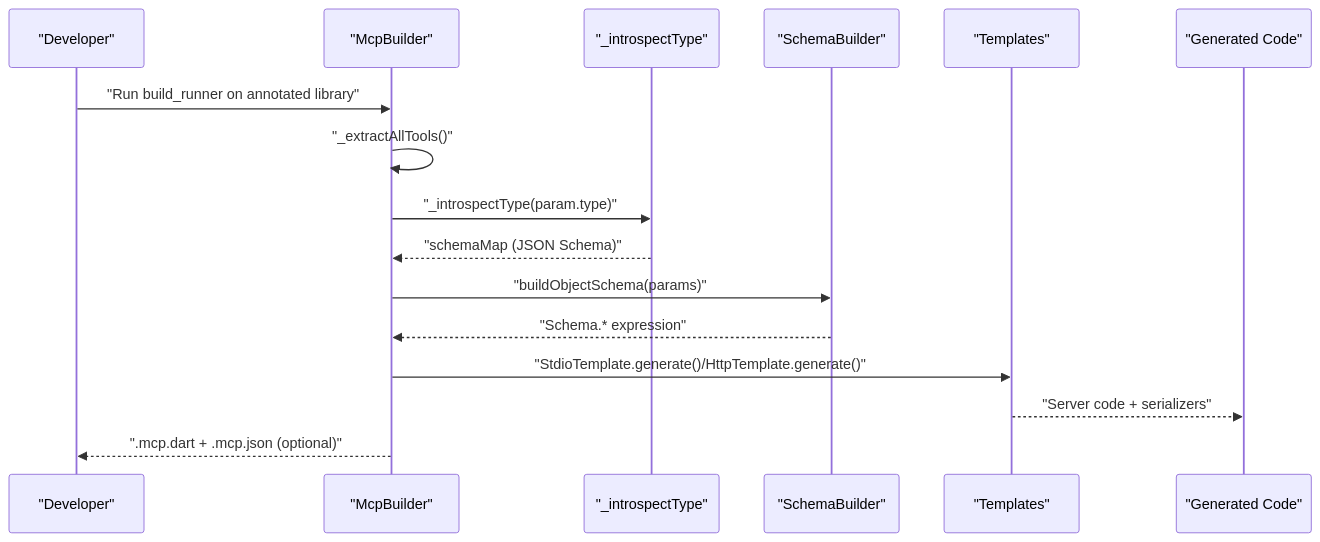
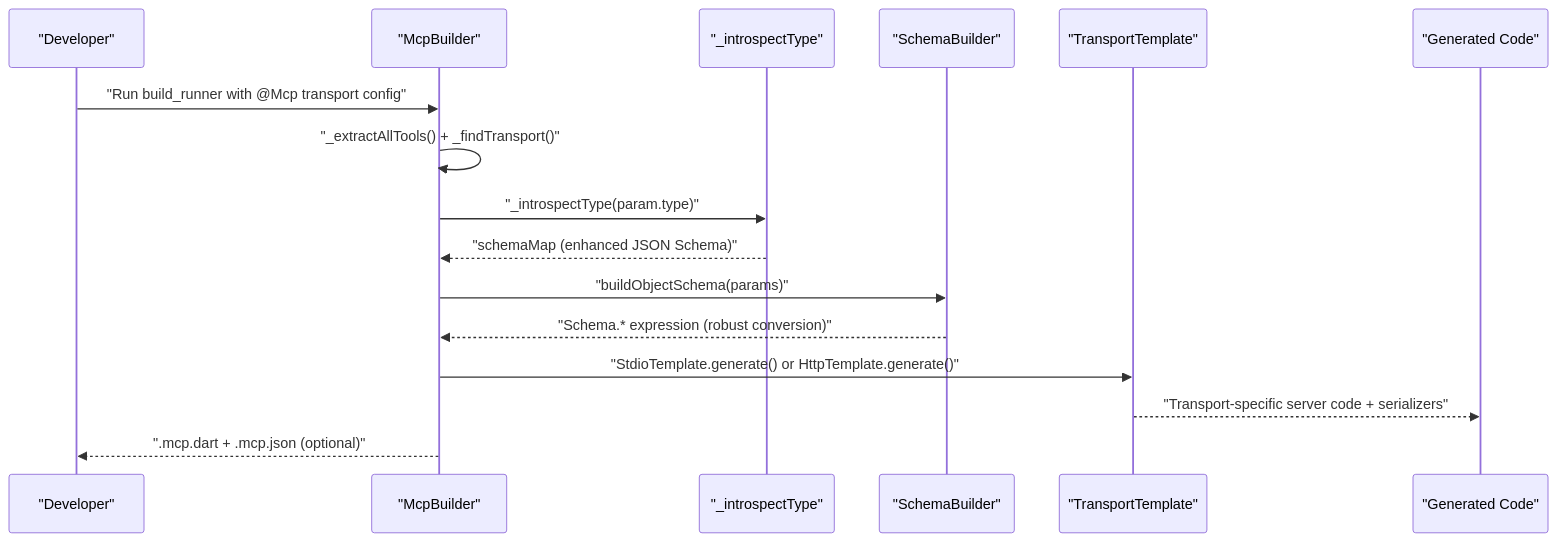
One commit to cdavis-code/easy_mcp_workspace changed the second of 4 diagrams in .qoder/repowiki/en/content/Type System Integration/Type System Integration.md. Above: the diagram before and after it, drawn with Mermaid. The commit also changed other lines of this file and 14 other files, not shown here.

````diff
--- a/.qoder/repowiki/en/content/Type System Integration/Type System Integration.md
+++ b/.qoder/repowiki/en/content/Type System Integration/Type System Integration.md
@@ -116,18 +127,18 @@
 ```mermaid
 sequenceDiagram
 participant Dev as "Developer"
 participant Gen as "McpBuilder"
 participant Introspect as "_introspectType"
 participant SB as "SchemaBuilder"
-participant Tmpl as "Templates"
+participant TT as "TransportTemplate"
 participant Out as "Generated Code"
-Dev->>Gen : "Run build_runner on annotated library"
-Gen->>Gen : "_extractAllTools()"
+Dev->>Gen : "Run build_runner with @Mcp transport config"
+Gen->>Gen : "_extractAllTools() + _findTransport()"
 Gen->>Introspect : "_introspectType(param.type)"
-Introspect-->>Gen : "schemaMap (JSON Schema)"
+Introspect-->>Gen : "schemaMap (enhanced JSON Schema)"
 Gen->>SB : "buildObjectSchema(params)"
-SB-->>Gen : "Schema.* expression"
-Gen->>Tmpl : "StdioTemplate.generate()/HttpTemplate.generate()"
-Tmpl-->>Out : "Server code + serializers"
+SB-->>Gen : "Schema.* expression (robust conversion)"
+Gen->>TT : "StdioTemplate.generate() or HttpTemplate.generate()"
+TT-->>Out : "Transport-specific server code + serializers"
 Gen-->>Dev : ".mcp.dart + .mcp.json (optional)"
 ```
````
